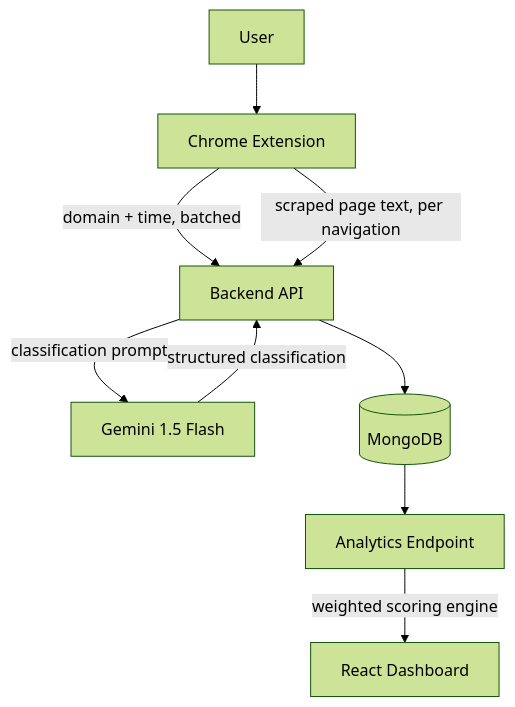
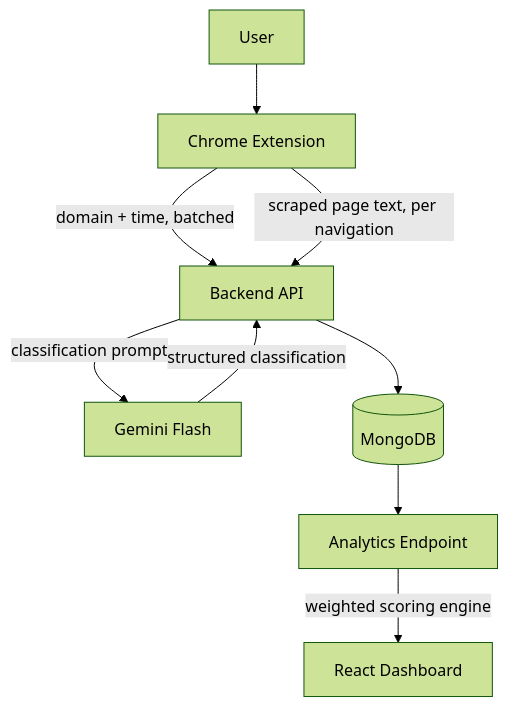
Before and after one commit to sadique-mohammed/Zenith: the diagram in README.md, drawn with Mermaid (forest theme). The commit also changed other lines of this file, not shown here.

First line of the commit message:
Refactor README to update Gemini API references

````diff
--- a/README.md
+++ b/README.md
@@ -21,11 +21,11 @@
 ```mermaid
 flowchart TD
     A[User] --> B[Chrome Extension]
     B -->|domain + time, batched| C[Backend API]
     B -->|scraped page text, per navigation| C
-    C -->|classification prompt| D[Gemini 1.5 Flash]
+    C -->|classification prompt| D[Gemini Flash]
     D -->|structured classification| C
     C --> E[(MongoDB)]
     E --> F[Analytics Endpoint]
     F -->|weighted scoring engine| G[React Dashboard]
 ```
````
